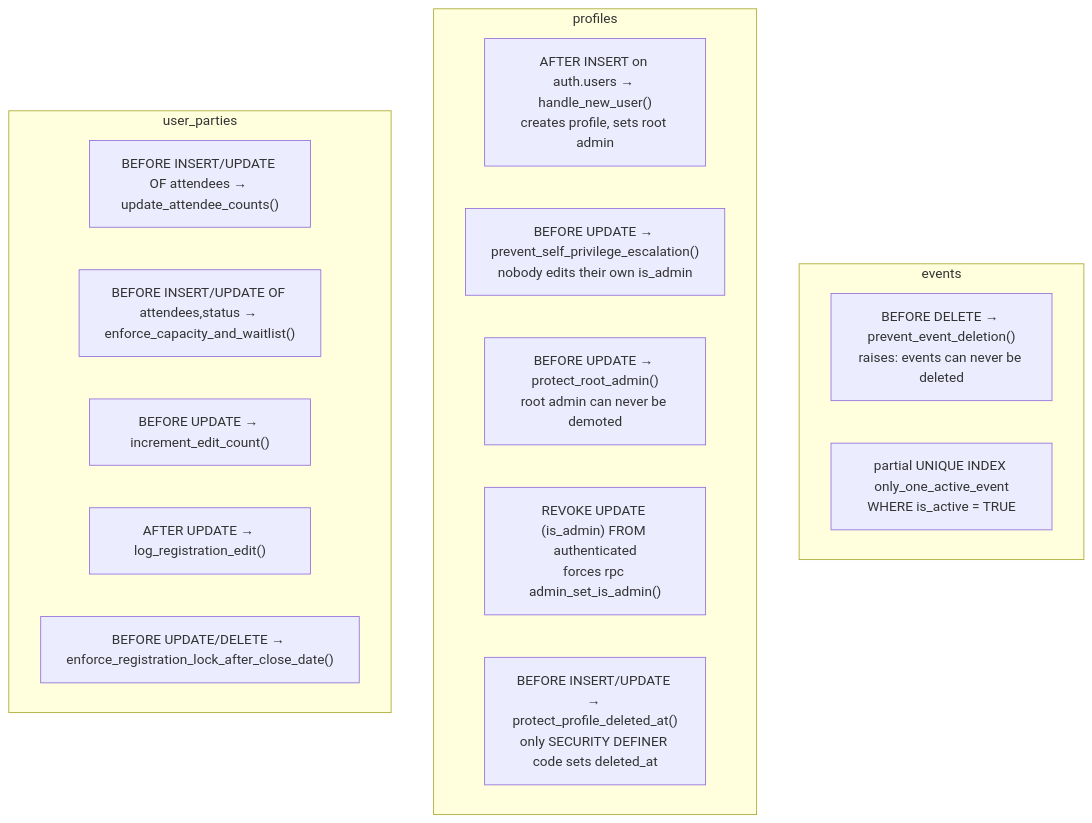
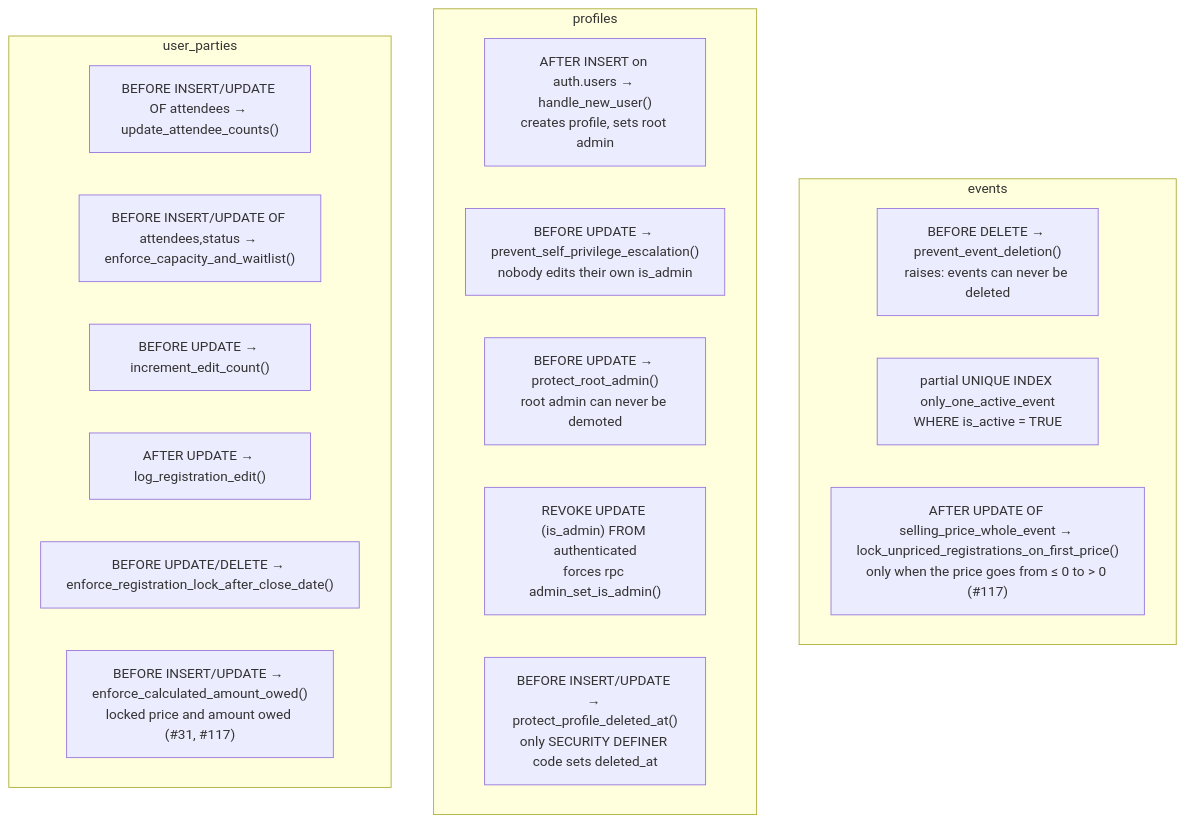
One commit to YULmix/yulmix-la-bedaine changed the second of 2 diagrams in docs/03-data-model.md. Above: the diagram before and after it, drawn with Mermaid. The commit also changed other lines of this file and 19 other files, not shown here.

````diff
--- a/docs/03-data-model.md
+++ b/docs/03-data-model.md
@@ -218,21 +221,23 @@
 ```mermaid
 flowchart TD
   subgraph events
     E1["BEFORE DELETE → prevent_event_deletion()<br/>raises: events can never be deleted"]
     E2["partial UNIQUE INDEX only_one_active_event<br/>WHERE is_active = TRUE"]
+    E3["AFTER UPDATE OF selling_price_whole_event → lock_unpriced_registrations_on_first_price()<br/>only when the price goes from ≤ 0 to > 0 (#117)"]
   end
   subgraph profiles
     P1["AFTER INSERT on auth.users → handle_new_user()<br/>creates profile, sets root admin"]
     P2["BEFORE UPDATE → prevent_self_privilege_escalation()<br/>nobody edits their own is_admin"]
     P3["BEFORE UPDATE → protect_root_admin()<br/>root admin can never be demoted"]
     P4["REVOKE UPDATE (is_admin) FROM authenticated<br/>forces rpc admin_set_is_admin()"]
     P5["BEFORE INSERT/UPDATE → protect_profile_deleted_at()<br/>only SECURITY DEFINER code sets deleted_at"]
   end
   subgraph user_parties
     U1["BEFORE INSERT/UPDATE OF attendees → update_attendee_counts()"]
     U2["BEFORE INSERT/UPDATE OF attendees,status → enforce_capacity_and_waitlist()"]
     U3["BEFORE UPDATE → increment_edit_count()"]
     U4["AFTER UPDATE → log_registration_edit()"]
     U5["BEFORE UPDATE/DELETE → enforce_registration_lock_after_close_date()"]
+    U6["BEFORE INSERT/UPDATE → enforce_calculated_amount_owed()<br/>locked price and amount owed (#31, #117)"]
   end
 ```
````
